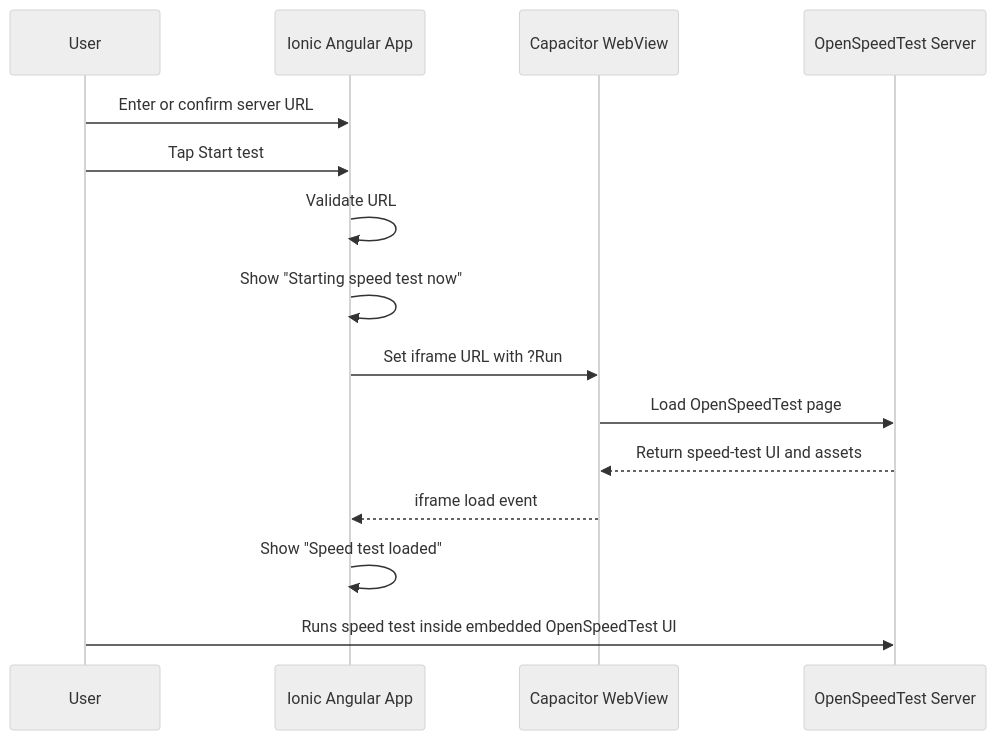
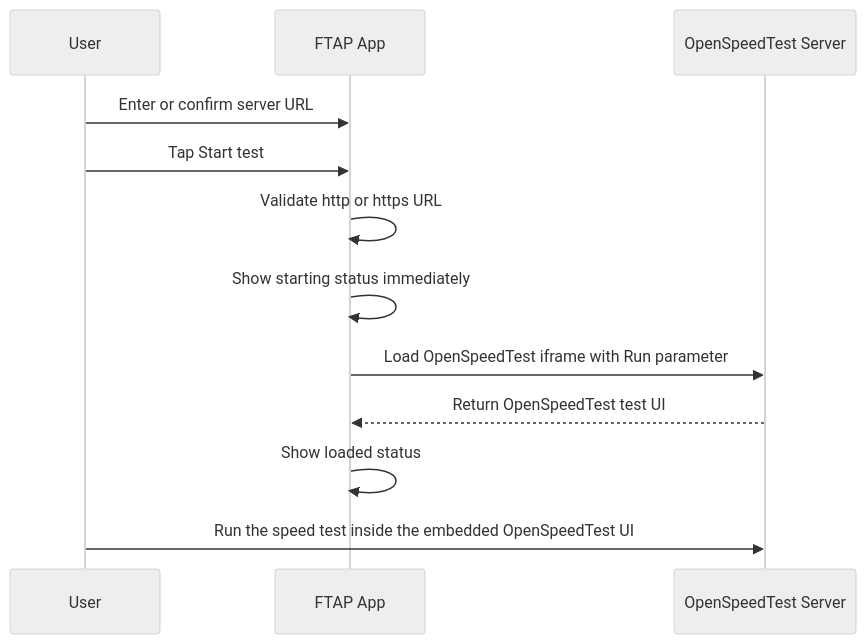
One commit to rgalor-ca/openspeedtest-ftap-poc changed the second of 3 diagrams in README.md. Above: the diagram before and after it, drawn with Mermaid (neutral theme). The commit also changed other lines of this file and 5 other files, not shown here.

````diff
--- a/README.md
+++ b/README.md
@@ -78,18 +67,15 @@
 ```mermaid
 sequenceDiagram
   participant U as User
-  participant A as Ionic Angular App
-  participant V as Capacitor WebView
+  participant A as FTAP App
   participant S as OpenSpeedTest Server
 
   U->>A: Enter or confirm server URL
   U->>A: Tap Start test
-  A->>A: Validate URL
-  A->>A: Show "Starting speed test now"
-  A->>V: Set iframe URL with ?Run
-  V->>S: Load OpenSpeedTest page
-  S-->>V: Return speed-test UI and assets
-  V-->>A: iframe load event
-  A->>A: Show "Speed test loaded"
-  U->>S: Runs speed test inside embedded OpenSpeedTest UI
+  A->>A: Validate http or https URL
+  A->>A: Show starting status immediately
+  A->>S: Load OpenSpeedTest iframe with Run parameter
+  S-->>A: Return OpenSpeedTest test UI
+  A->>A: Show loaded status
+  U->>S: Run the speed test inside the embedded OpenSpeedTest UI
 ```
````
